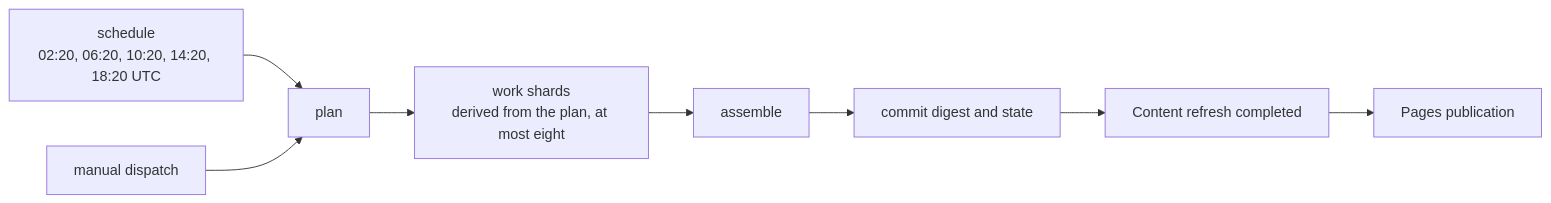
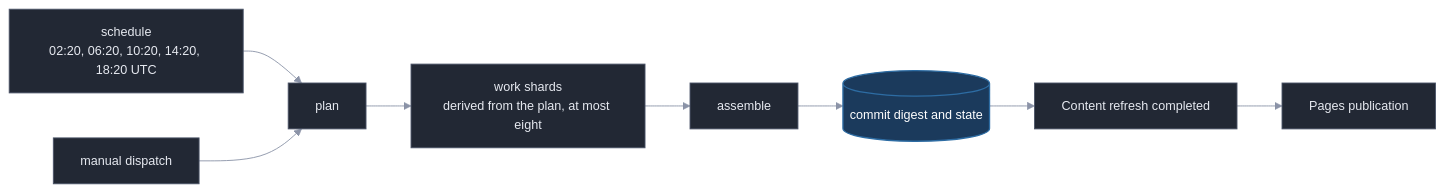
The second of 4 diagrams in docs/reference/github-actions.md (miztiik/yen-idhazh), drawn with Mermaid before and after one commit. The commit also changed other lines of this file and 3 other files, not shown here.

````diff
--- a/docs/reference/github-actions.md
+++ b/docs/reference/github-actions.md
@@ -214,10 +225,17 @@
 ```mermaid
+%%{init: {"theme": "base", "themeVariables": {"background": "#0f1117", "primaryColor": "#222834", "primaryTextColor": "#e6e9f0", "primaryBorderColor": "#4b5468", "lineColor": "#8b93a7", "textColor": "#e6e9f0", "clusterBkg": "#1a1e27", "clusterBorder": "#3a4254", "titleColor": "#e6e9f0", "edgeLabelBackground": "#1a1e27", "fontSize": "14px"}}}%%
 flowchart LR
  SCHEDULE["schedule<br/>02:20, 06:20, 10:20, 14:20, 18:20 UTC"] --> PLAN["plan"]
  MANUAL["manual dispatch"] --> PLAN
  PLAN --> WORK["work shards<br/>derived from the plan, at most eight"]
-  WORK --> ASSEMBLE["assemble"]
- ASSEMBLE --> COMMIT["commit digest and state"]
+ WORK --> ASSEMBLE["assemble"]
+ ASSEMBLE --> COMMIT[("commit digest and state")]
  COMMIT --> COMPLETE["Content refresh completed"]
  COMPLETE --> PAGES["Pages publication"]
+
+ classDef stage fill:#222834,stroke:#4b5468,stroke-width:1px,color:#e6e9f0;
+ classDef store fill:#1b3a5c,stroke:#2d6ca3,stroke-width:1.5px,color:#ffffff;
+
+ class SCHEDULE,MANUAL,PLAN,WORK,ASSEMBLE,COMPLETE,PAGES stage;
+ class COMMIT store;
 ```
````
